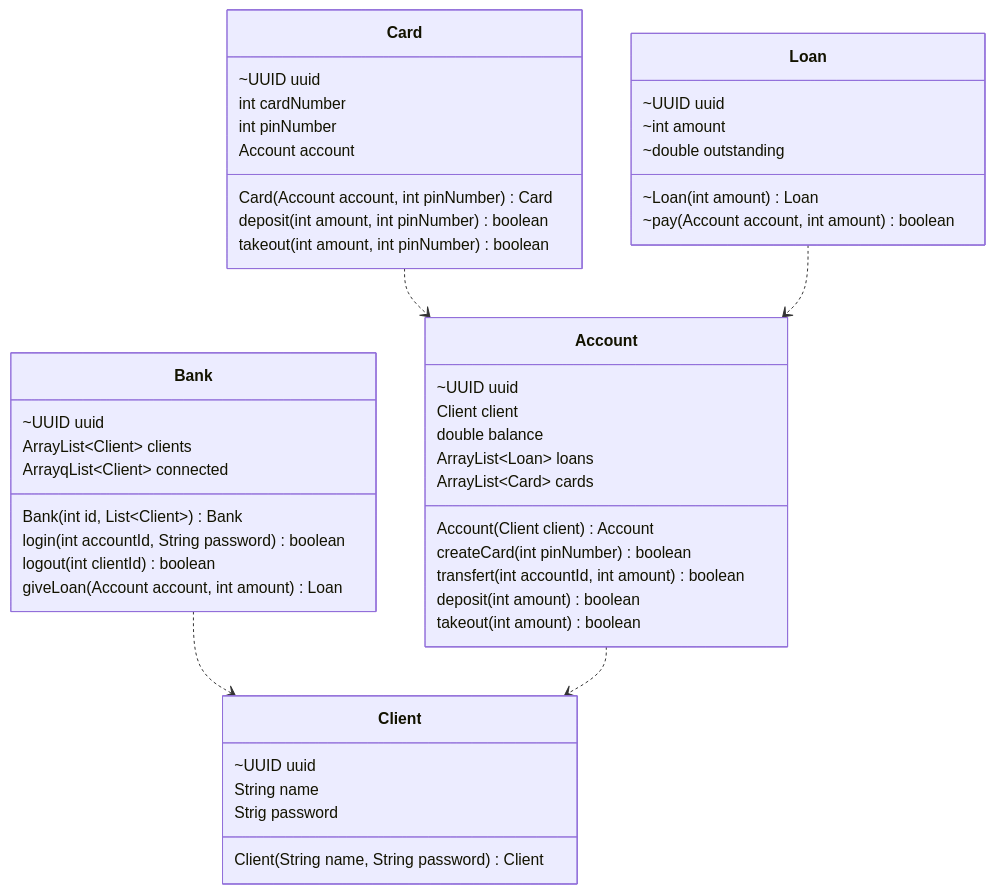
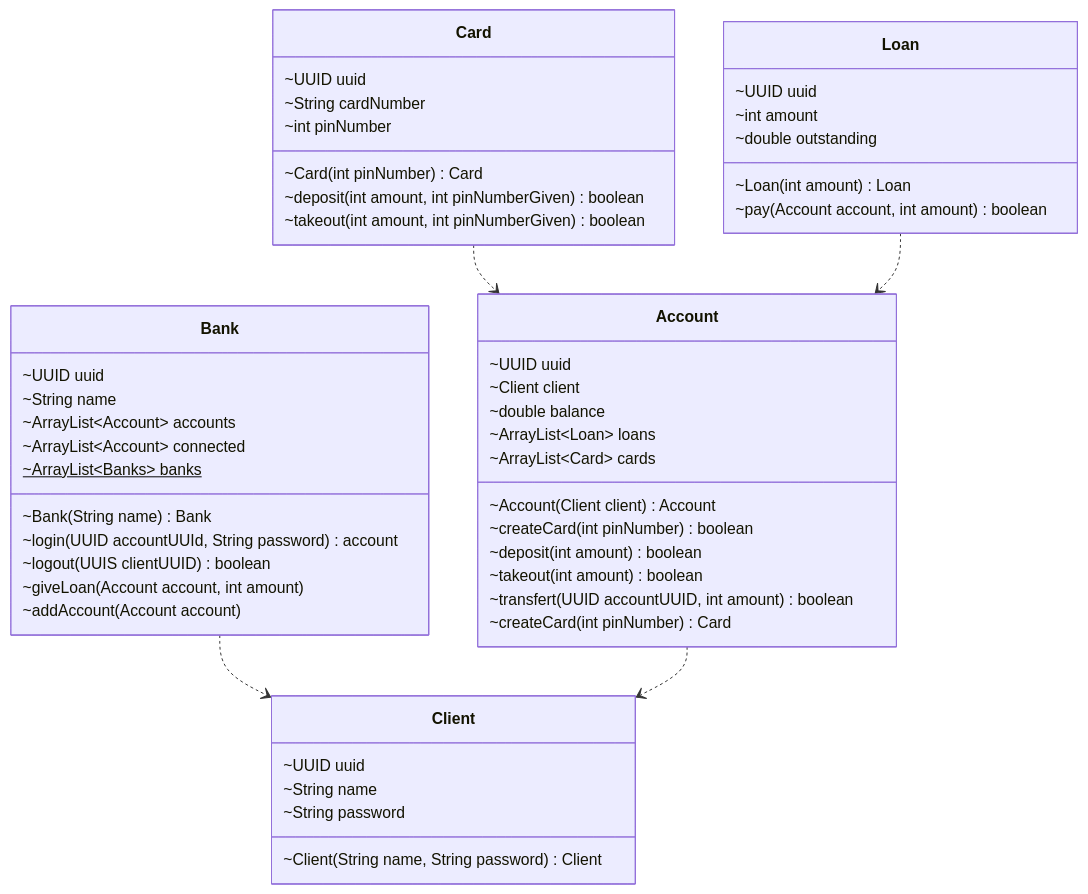
Before and after one commit to L-Clem/GitHooks: the diagram in README.md, drawn with Mermaid. The commit also changed 4 other files, not shown here.

Commit message:
📝, ♻️ (dev, readme, diagram, classes): Update readme diagram and classes variables

````diff
--- a/README.md
+++ b/README.md
@@ -50,60 +50,63 @@
 ```mermaid
 classDiagram
     Bank ..> Client
     Account ..> Client
     Card ..> Account
     Loan ..> Account
 
     class Client{
         ~UUID uuid
-        String name
-        Strig password
+        ~String name
+        ~String password
 
-        Client(String name, String password) Client
+        ~Client(String name, String password) Client
     }
 
     class Bank{
         ~UUID uuid
-        ArrayList~Client~ clients
-        ArrayqList~Client~ connected
+        ~String name
+        ~ArrayList~Account~ accounts
+        ~ArrayList~Account~ connected
+        ~ArrayList~Banks~ banks$
 
-        Bank(int id, List~Client~) Bank
-        login(int accountId, String password) boolean
-        logout(int clientId) boolean
-        giveLoan(Account account, int amount) Loan
+        ~Bank(String name) Bank
+        ~login(UUID accountUUId, String password) account
+        ~logout(UUIS clientUUID) boolean
+        ~giveLoan(Account account, int amount)
+        ~addAccount(Account account)
     }
 
     class Account{
         ~UUID uuid
-        Client client
-        double balance
-        ArrayList~Loan~ loans
-        ArrayList~Card~ cards
+        ~Client client
+        ~double balance
+        ~ArrayList~Loan~ loans
+        ~ArrayList~Card~ cards
 
-        Account(Client client) Account
-        createCard(int pinNumber) boolean
-        transfert(int accountId, int amount) boolean
-        deposit(int amount) boolean
-        takeout(int amount) boolean
+        ~Account(Client client) Account
+        ~createCard(int pinNumber) boolean
+        ~deposit(int amount) boolean
+        ~takeout(int amount) boolean
+        ~transfert(UUID accountUUID, int amount) boolean
+        ~createCard(int pinNumber) Card
     }
 
     class Card{
         ~UUID uuid
-        int cardNumber
-        int pinNumber
-        Account account
+        ~String cardNumber
+        ~int pinNumber
 
-        Card(Account account, int pinNumber) Card
-        deposit(int amount, int pinNumber) boolean
-        takeout(int amount, int pinNumber) boolean
+        ~Card(int pinNumber) Card
+        ~deposit(int amount, int pinNumberGiven) boolean
+        ~takeout(int amount, int pinNumberGiven) boolean
     }
 
     class Loan{
         ~UUID uuid
         ~int amount
         ~double outstanding
 
         ~Loan(int amount) Loan
         ~pay(Account account, int amount) boolean
     }
 ```
````
